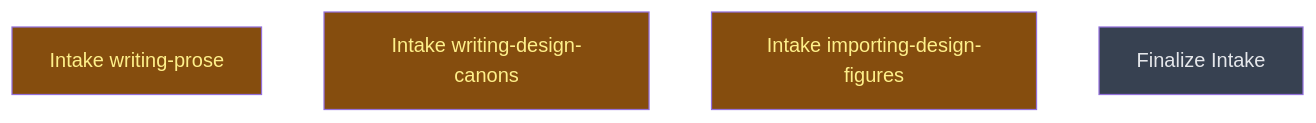
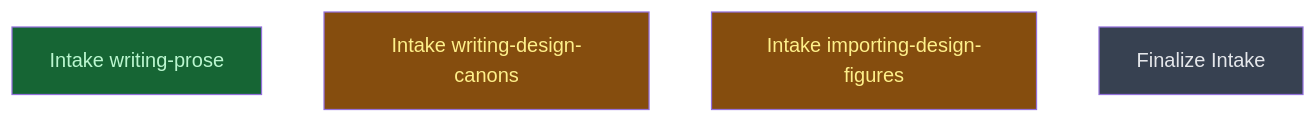
The diagram in __roadmap__/skills_intake_triplet/README.md (CrackingShells/cracking-shells-playbook), drawn with Mermaid before and after one commit. The commit also changed other lines of this file, not shown here.

Commit message:
chore(skills-intake): mark writing-prose intake leaf done

````diff
--- a/__roadmap__/skills_intake_triplet/README.md
+++ b/__roadmap__/skills_intake_triplet/README.md
@@ -25,12 +25,12 @@
 ```mermaid
 graph TD
-    intake_writing_prose[Intake writing-prose]:::inprogress
+    intake_writing_prose[Intake writing-prose]:::done
     intake_writing_design_canons[Intake writing-design-canons]:::inprogress
     intake_importing_design_figures[Intake importing-design-figures]:::inprogress
     finalize[Finalize Intake]:::planned
     classDef done       fill:#166534,color:#bbf7d0
     classDef inprogress fill:#854d0e,color:#fef08a
     classDef planned    fill:#374151,color:#e5e7eb
     classDef amendment  fill:#1e3a5f,color:#bfdbfe
     classDef blocked    fill:#7f1d1d,color:#fecaca
 ```
````
